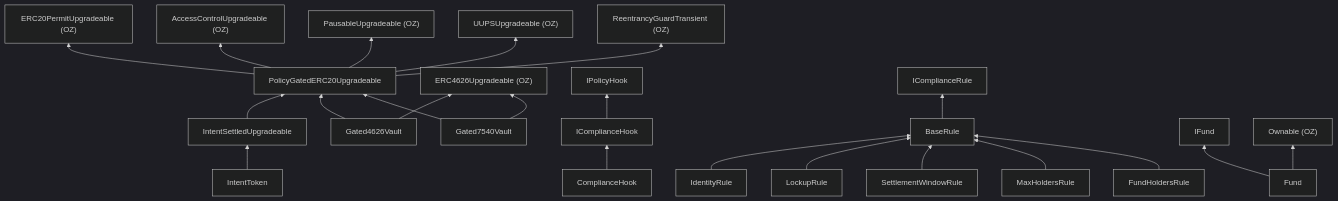
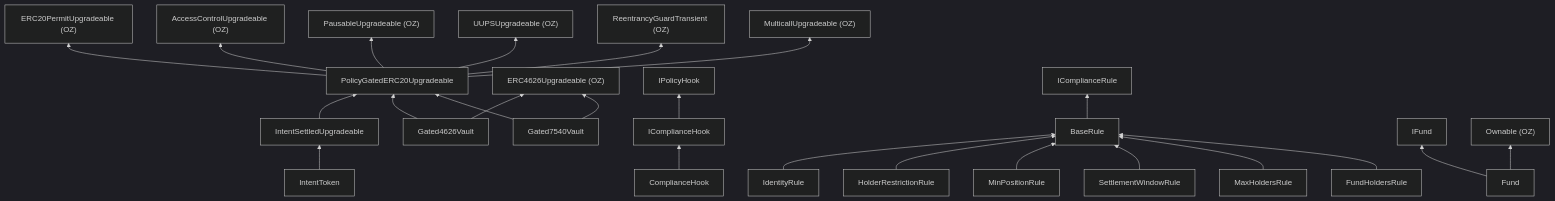
Before and after one commit to fepvenancio/rwa-token: the third of 3 diagrams in docs/architecture.md, drawn with Mermaid (dark theme). The commit also changed other lines of this file and 13 other files, not shown here.

````diff
--- a/docs/architecture.md
+++ b/docs/architecture.md
@@ -102,24 +119,26 @@
 ```mermaid
 flowchart BT
   IT["IntentToken"] --> ISU["IntentSettledUpgradeable"]
   ISU --> PG["PolicyGatedERC20Upgradeable"]
   V4["Gated4626Vault"] --> PG
   V4 --> E4["ERC4626Upgradeable (OZ)"]
   V7["Gated7540Vault"] --> PG
   V7 --> E4
   PG --> P1["ERC20PermitUpgradeable (OZ)"]
   PG --> P2["AccessControlUpgradeable (OZ)"]
   PG --> P3["PausableUpgradeable (OZ)"]
   PG --> P4["UUPSUpgradeable (OZ)"]
   PG --> P5["ReentrancyGuardTransient (OZ)"]
+  PG --> P6["MulticallUpgradeable (OZ)"]
   CH["ComplianceHook"] --> ICH["IComplianceHook"]
   ICH --> IPH["IPolicyHook"]
   IdR["IdentityRule"] --> BR["BaseRule"]
-  LR["LockupRule"] --> BR
+  HR["HolderRestrictionRule"] --> BR
+  MP["MinPositionRule"] --> BR
   SW["SettlementWindowRule"] --> BR
   MH["MaxHoldersRule"] --> BR
   FH["FundHoldersRule"] --> BR
   BR --> ICR["IComplianceRule"]
   FU["Fund"] --> IFU["IFund"]
   FU --> OWN["Ownable (OZ)"]
 ```
````
